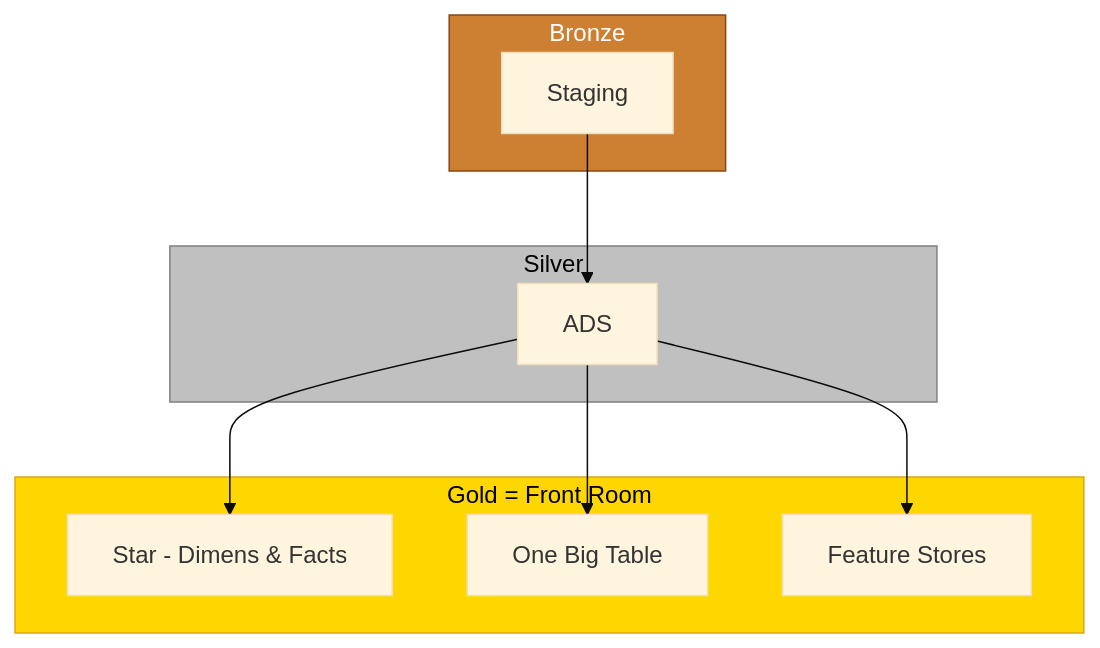
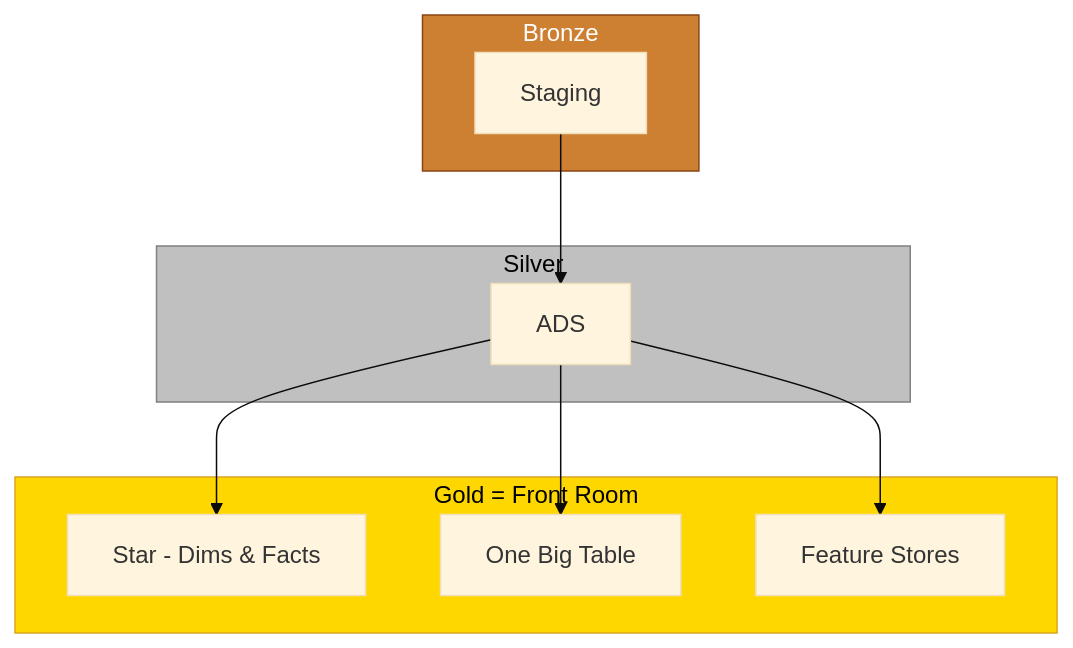
The third of 3 diagrams in Technical Guideline Ops/Architectural Principles/Medallion - Bronze Silver Gold.md (PlainsightPro/Vision-Playbook), drawn with Mermaid before and after one commit. The commit also changed 40 other files, not shown here.

````diff
--- a/Technical Guideline Ops/Architectural Principles/Medallion - Bronze Silver Gold.md
+++ b/Technical Guideline Ops/Architectural Principles/Medallion - Bronze Silver Gold.md
@@ -43,22 +43,22 @@
 ```mermaid
 %%{init: { "flowchart": { "useMaxWidth": true, "curve": "basis" }, "theme": "base" } }%%
 flowchart TB
     subgraph Bronze["Bronze"]
         Staging[Staging]
     end
     
     subgraph Silver["Silver"]
         ADS[ADS]
     end
     
     subgraph Gold["Gold = Front Room"]
-        Dims[Star - Dimens & Facts] & Facts[One Big Table] & Feat[Feature Stores]
+        Dims[Star - Dims & Facts] & Facts[One Big Table] & Feat[Feature Stores]
     end
     
     Staging --> ADS
     ADS --> Dims & Facts & Feat
     
     style Bronze fill:#CD7F32,stroke:#8B4513,color:#FFFFFF
     style Silver fill:#C0C0C0,stroke:#808080,color:#000000
     style Gold fill:#FFD700,stroke:#DAA520,color:#000000
 ```
````
